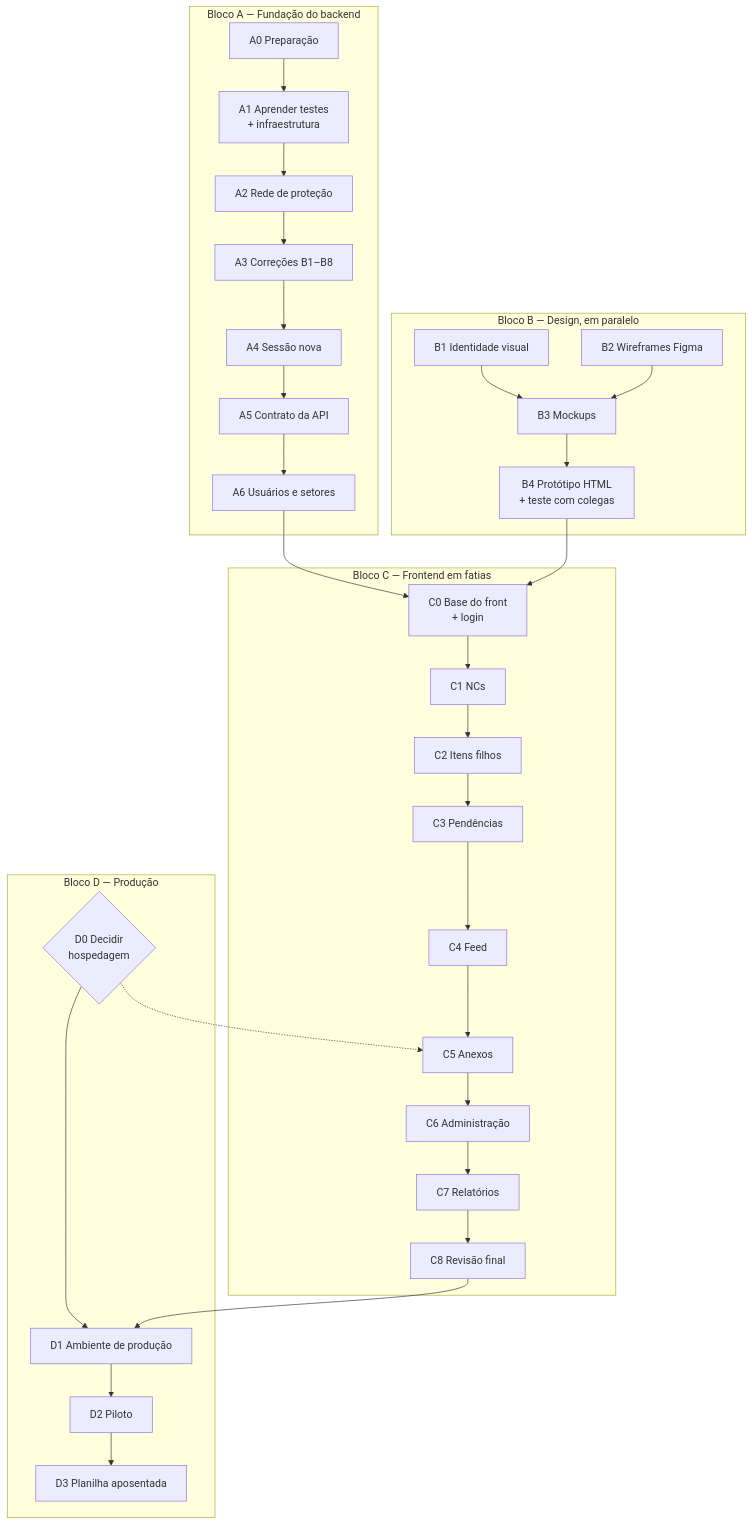
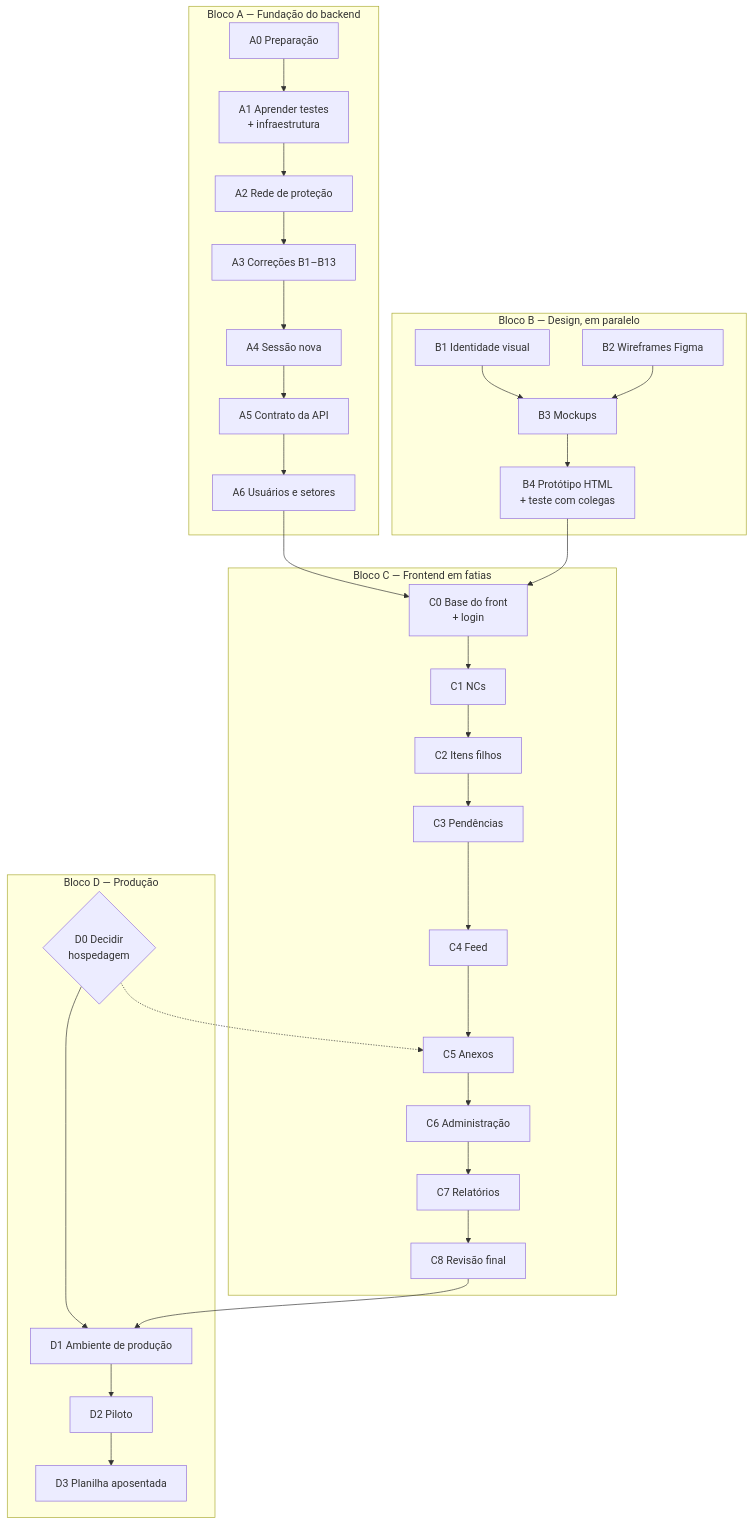
The diagram in docs/plano-implementacao.md (fellipemnds/qualityhub), drawn with Mermaid before and after one commit. The commit also changed other lines of this file and 7 other files, not shown here.

````diff
--- a/docs/plano-implementacao.md
+++ b/docs/plano-implementacao.md
@@ -44,39 +44,39 @@
 ```mermaid
 flowchart TD
     subgraph A[Bloco A — Fundação do backend]
         A0[A0 Preparação] --> A1[A1 Aprender testes<br/>+ infraestrutura]
         A1 --> A2[A2 Rede de proteção]
-        A2 --> A3[A3 Correções B1–B8]
+        A2 --> A3[A3 Correções B1–B13]
         A3 --> A4[A4 Sessão nova]
         A4 --> A5[A5 Contrato da API]
         A5 --> A6[A6 Usuários e setores]
     end
 
     subgraph B[Bloco B — Design, em paralelo]
         B1[B1 Identidade visual] --> B3
         B2[B2 Wireframes Figma] --> B3[B3 Mockups]
         B3 --> B4[B4 Protótipo HTML<br/>+ teste com colegas]
     end
 
     subgraph C[Bloco C — Frontend em fatias]
         C0[C0 Base do front<br/>+ login] --> C1[C1 NCs]
         C1 --> C2[C2 Itens filhos]
         C2 --> C3[C3 Pendências]
         C3 --> C4[C4 Feed]
         C4 --> C5[C5 Anexos]
         C5 --> C6[C6 Administração]
         C6 --> C7[C7 Relatórios]
         C7 --> C8[C8 Revisão final]
     end
 
     subgraph D[Bloco D — Produção]
         D0{D0 Decidir<br/>hospedagem} --> D1[D1 Ambiente de produção]
         D1 --> D2[D2 Piloto]
         D2 --> D3[D3 Planilha aposentada]
     end
 
     A6 --> C0
     B4 --> C0
     D0 -.-> C5
     C8 --> D1
 ```
````
